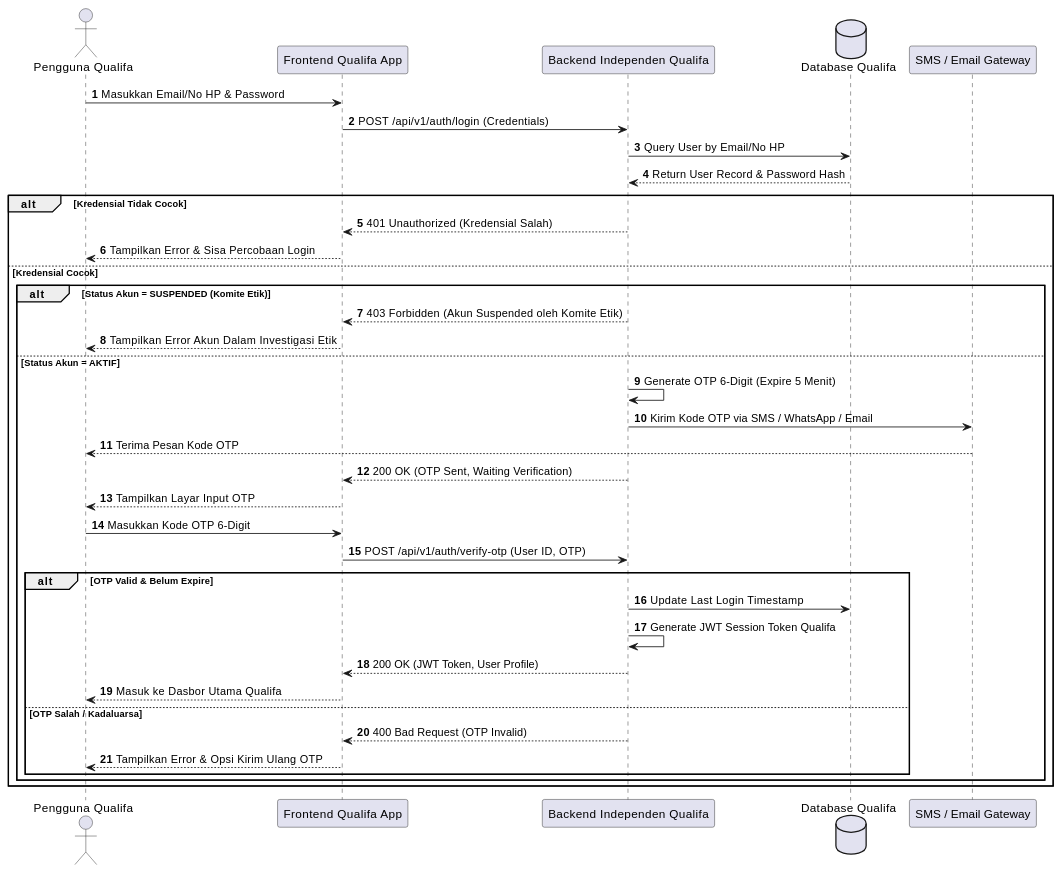
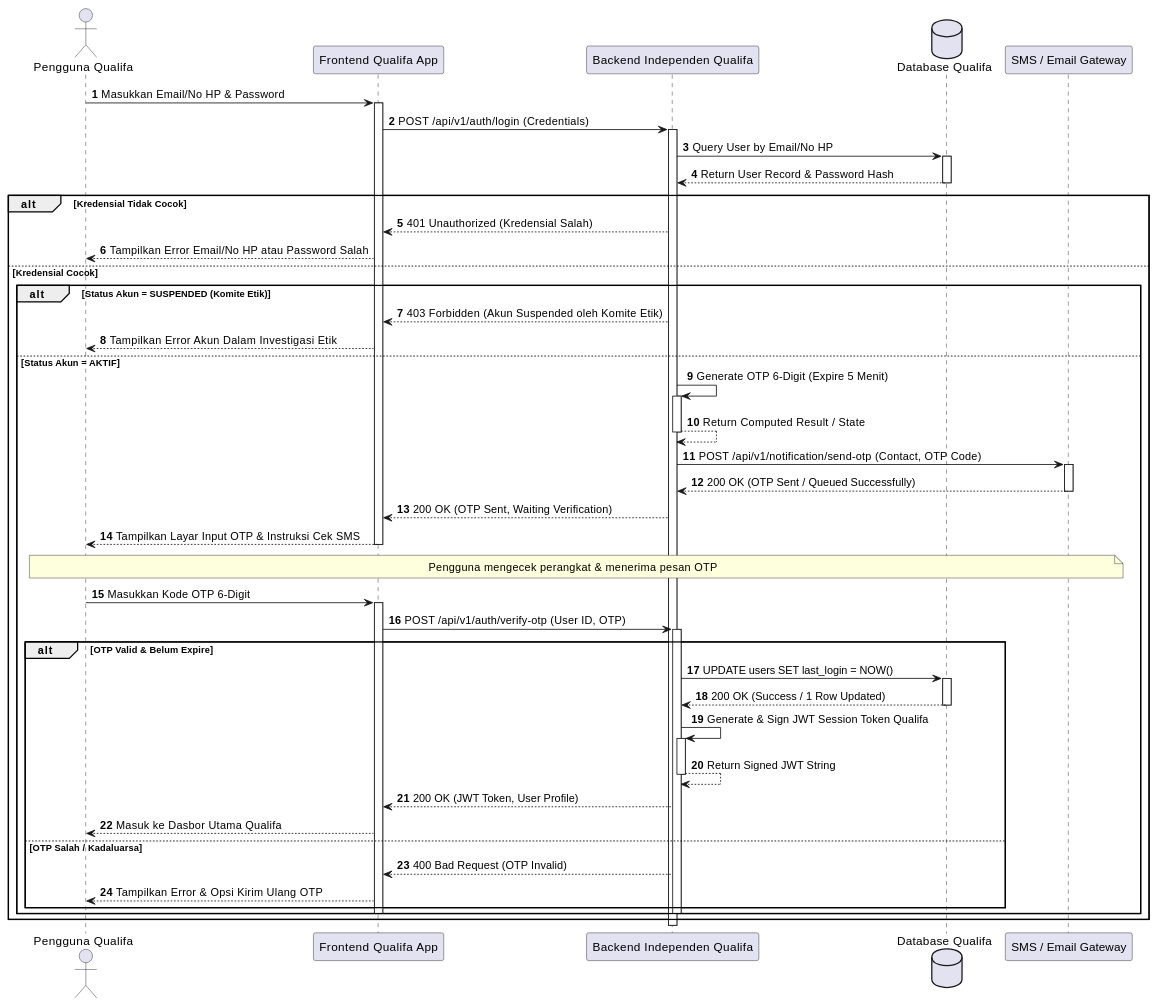
One commit to tupperwureism/SuperApp-Gagal changed diagram 17 of 27 in MarkDown/plantuml_sequence_diagrams.md. Above: the diagram before and after it, drawn with PlantUML. The commit also changed other lines of this file and 1 other file, not shown here.

Commit message:
docs(uml): enforce strict UML activation bars, API/DB return arrows, and alt security boundaries for SD Justifiqa & Qualifa

````diff
--- a/MarkDown/plantuml_sequence_diagrams.md
+++ b/MarkDown/plantuml_sequence_diagrams.md
@@ -421,45 +856,53 @@
 ```plantuml
 @startuml
 autonumber
 actor "Pengguna Qualifa" as User
 participant "Frontend Qualifa App" as FE
 participant "Backend Independen Qualifa" as BE
 database "Database Qualifa" as DB
 participant "SMS / Email Gateway" as SMS
 
-User -> FE : Masukkan Email/No HP & Password
-FE -> BE : POST /api/v1/auth/login (Credentials)
+User -> FE ++ : Masukkan Email/No HP & Password
+FE -> BE ++ : POST /api/v1/auth/login (Credentials)
 
-BE -> DB : Query User by Email/No HP
-DB --> BE : Return User Record & Password Hash
+BE -> DB ++ : Query User by Email/No HP
+DB --> BE -- : Return User Record & Password Hash
 
 alt Kredensial Tidak Cocok
     BE --> FE : 401 Unauthorized (Kredensial Salah)
-    FE --> User : Tampilkan Error & Sisa Percobaan Login
+    FE --> User : Tampilkan Error Email/No HP atau Password Salah
 else Kredensial Cocok
     alt Status Akun = SUSPENDED (Komite Etik)
         BE --> FE : 403 Forbidden (Akun Suspended oleh Komite Etik)
         FE --> User : Tampilkan Error Akun Dalam Investigasi Etik
     else Status Akun = AKTIF
-        BE -> BE : Generate OTP 6-Digit (Expire 5 Menit)
-        BE -> SMS : Kirim Kode OTP via SMS / WhatsApp / Email
-        SMS --> User : Terima Pesan Kode OTP
+        BE -> BE ++ : Generate OTP 6-Digit (Expire 5 Menit)
+        BE --> BE -- : Return Computed Result / State
+        BE -> SMS ++ : POST /api/v1/notification/send-otp (Contact, OTP Code)
+        SMS --> BE -- : 200 OK (OTP Sent / Queued Successfully)
         BE --> FE : 200 OK (OTP Sent, Waiting Verification)
-        FE --> User : Tampilkan Layar Input OTP
+        FE --> User -- : Tampilkan Layar Input OTP & Instruksi Cek SMS
+        note over User, SMS : Pengguna mengecek perangkat & menerima pesan OTP
         
-        User -> FE : Masukkan Kode OTP 6-Digit
-        FE -> BE : POST /api/v1/auth/verify-otp (User ID, OTP)
+        User -> FE ++ : Masukkan Kode OTP 6-Digit
+        FE -> BE ++ : POST /api/v1/auth/verify-otp (User ID, OTP)
         
         alt OTP Valid & Belum Expire
-            BE -> DB : Update Last Login Timestamp
-            BE -> BE : Generate JWT Session Token Qualifa
+            BE -> DB ++ : UPDATE users SET last_login = NOW()
+            DB --> BE -- : 200 OK (Success / 1 Row Updated)
+            BE -> BE ++ : Generate & Sign JWT Session Token Qualifa
+            BE --> BE -- : Return Signed JWT String
             BE --> FE : 200 OK (JWT Token, User Profile)
             FE --> User : Masuk ke Dasbor Utama Qualifa
         else OTP Salah / Kadaluarsa
             BE --> FE : 400 Bad Request (OTP Invalid)
             FE --> User : Tampilkan Error & Opsi Kirim Ulang OTP
         end
+        deactivate BE
+        deactivate FE
     end
 end
+deactivate BE
+deactivate FE
 @enduml
 ```
````
